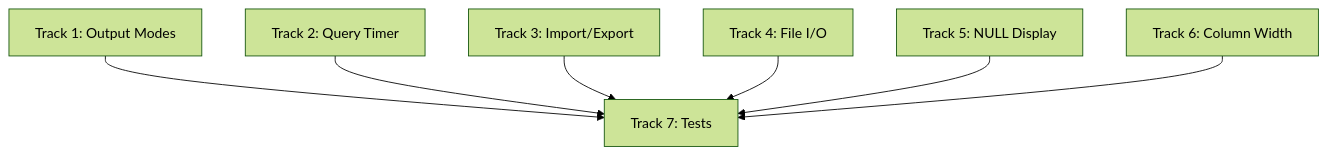
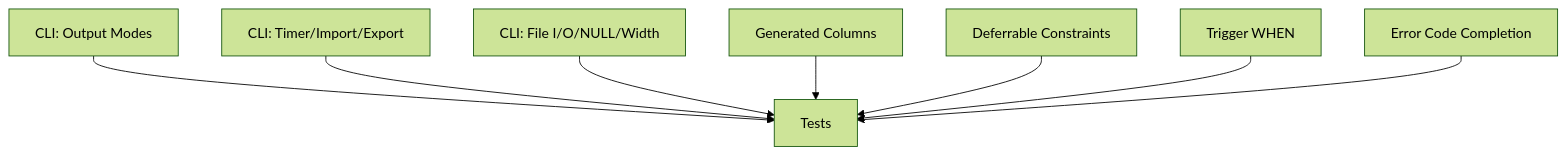
Before and after one commit to cyw0ng95/sqlvibe: the diagram in docs/plan-v0.10.6.md, drawn with Mermaid (forest theme). The commit also changed other lines of this file, not shown here.

First line of the commit message:
docs: Update v0.10.6 plan - Add Generated Columns, Deferrable Constraints, Trigger WHEN, Error Codes

````diff
--- a/docs/plan-v0.10.6.md
+++ b/docs/plan-v0.10.6.md
@@ -213,10 +205,11 @@
 ```mermaid
 graph TD
-    A[Track 1: Output Modes] --> E
-    B[Track 2: Query Timer] --> E
-    C[Track 3: Import/Export] --> E
-    D[Track 4: File I/O] --> E
-    F[Track 5: NULL Display] --> E
-    G[Track 6: Column Width] --> E
-    E[Track 7: Tests]
+    A[CLI: Output Modes] --> G
+    B[CLI: Timer/Import/Export] --> G
+    C[CLI: File I/O/NULL/Width] --> G
+    D[Generated Columns] --> G
+    E[Deferrable Constraints] --> G
+    F[Trigger WHEN] --> G
+    H[Error Code Completion] --> G
+    G[Tests]
 ```
````
